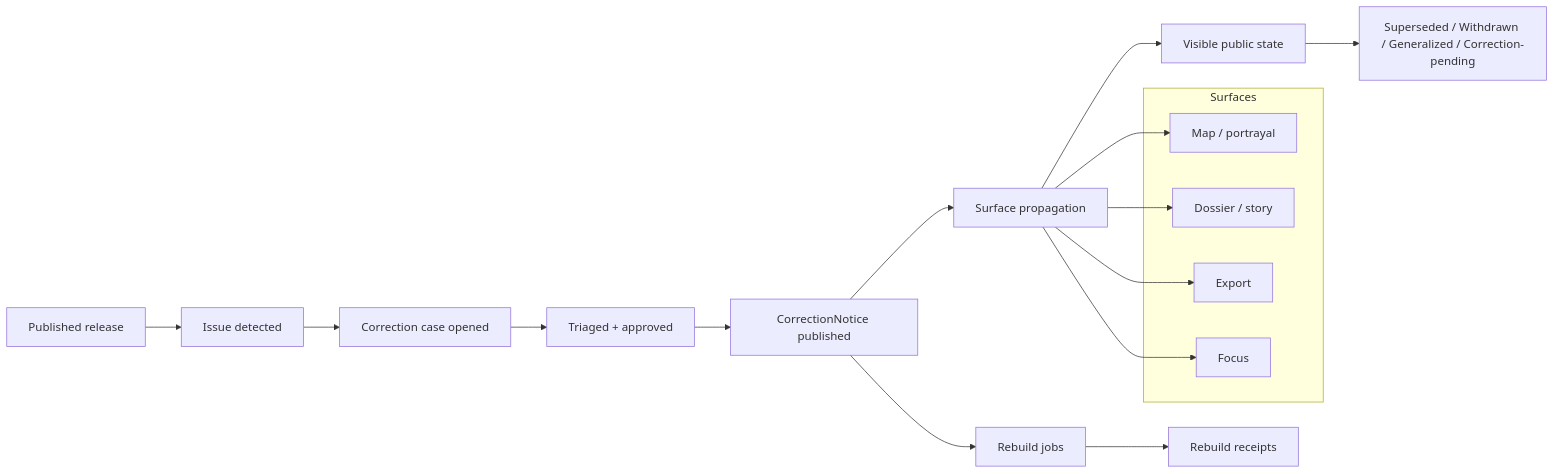
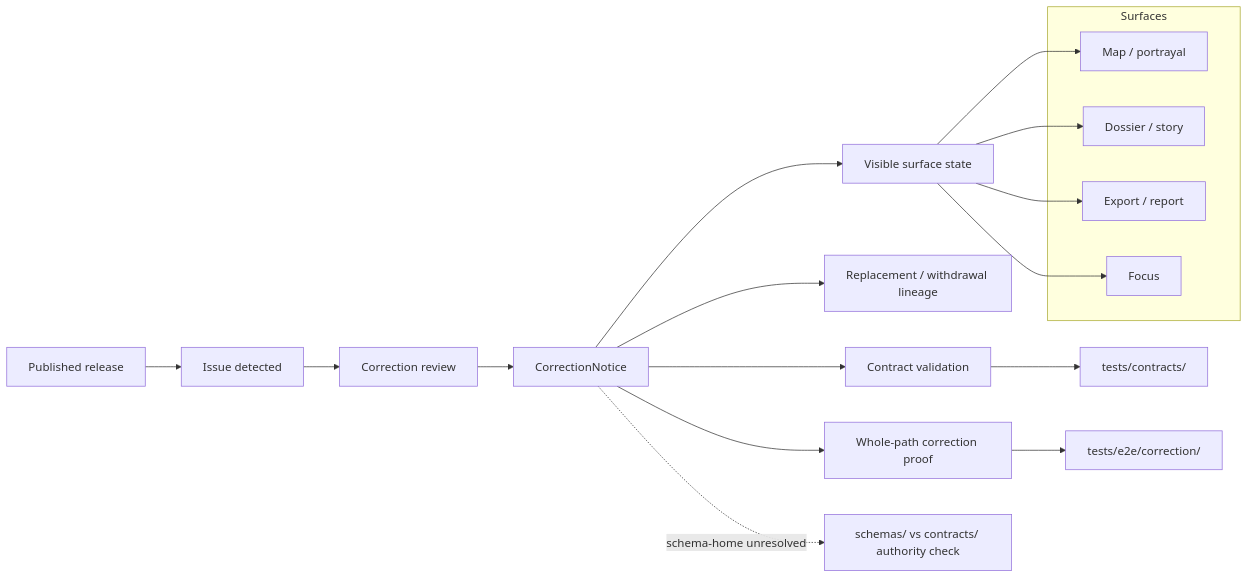
Before and after one commit to bartytime4life/Kansas-Frontier-Matrix: the diagram in schemas/contracts/v1/correction/README.md, drawn with Mermaid. The commit also changed other lines of this file, not shown here.

````diff
--- a/schemas/contracts/v1/correction/README.md
+++ b/schemas/contracts/v1/correction/README.md
@@ -241,24 +306,26 @@
 ```mermaid
 flowchart LR
     A[Published release] --> B[Issue detected]
-    B --> C[Correction case opened]
-    C --> D[Triaged + approved]
-    D --> E[CorrectionNotice published]
-    E --> F[Surface propagation]
-    E --> G[Rebuild jobs]
-    G --> H[Rebuild receipts]
-    F --> I[Visible public state]
-    I --> J[Superseded / Withdrawn / Generalized / Correction-pending]
+    B --> C[Correction review]
+    C --> D[CorrectionNotice]
+    D --> E[Visible surface state]
+    D --> F[Replacement / withdrawal lineage]
+    D --> G[Contract validation]
+    D --> H[Whole-path correction proof]
+
+    G --> G1[tests/contracts/]
+    H --> H1[tests/e2e/correction/]
 
     subgraph Surfaces
-      F1[Map / portrayal]
-      F2[Dossier / story]
-      F3[Export]
-      F4[Focus]
+      S1[Map / portrayal]
+      S2[Dossier / story]
+      S3[Export / report]
+      S4[Focus]
     end
 
-    F --> F1
-    F --> F2
-    F --> F3
-    F --> F4
+    E --> S1
+    E --> S2
+    E --> S3
+    E --> S4
+    D -. schema-home unresolved .-> U[schemas/ vs contracts/ authority check]
 ```
````
